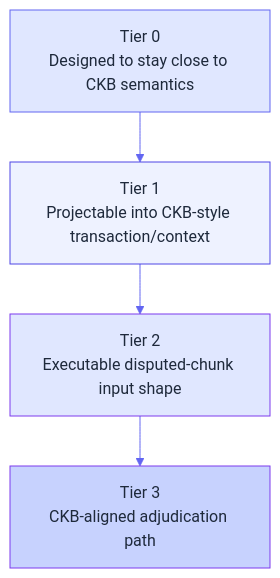
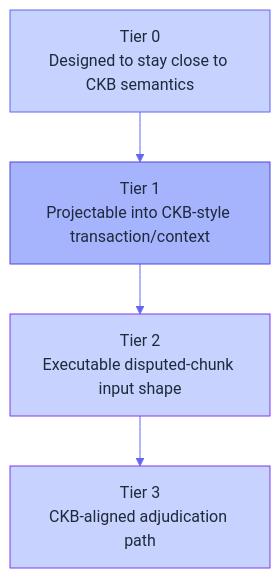
Before and after one commit to Myelin-Labs/Myelin: the diagram in docs/security/claim-ladder.md, drawn with Mermaid. The commit also changed 31 other files, not shown here.

````diff
--- a/docs/security/claim-ladder.md
+++ b/docs/security/claim-ladder.md
@@ -19,25 +19,25 @@
 ```mermaid
 %%{init: {
   "theme": "base",
   "themeVariables": {
-    "primaryColor": "#EEF2FF",
+    "primaryColor": "#A5B4FC",
     "primaryTextColor": "#1E293B",
     "primaryBorderColor": "#4F46E5",
     "lineColor": "#6366F1",
-    "secondaryColor": "#E0E7FF",
+    "secondaryColor": "#C7D2FE",
     "tertiaryColor": "#C7D2FE"
   }
 }}%%
 flowchart TB
     T0["Tier 0<br/>Designed to stay close to CKB semantics"]:::t0
     T1["Tier 1<br/>Projectable into CKB-style transaction/context"]:::t1
     T2["Tier 2<br/>Executable disputed-chunk input shape"]:::t2
     T3["Tier 3<br/>CKB-aligned adjudication path"]:::t3
 
     T0 --> T1 --> T2 --> T3
 
-    classDef t0 fill:#E0E7FF,stroke:#6366F1,color:#1E293B;
-    classDef t1 fill:#EEF2FF,stroke:#4F46E5,color:#1E293B;
-    classDef t2 fill:#E0E7FF,stroke:#7C3AED,color:#1E293B;
+    classDef t0 fill:#C7D2FE,stroke:#6366F1,color:#1E293B;
+    classDef t1 fill:#A5B4FC,stroke:#4F46E5,color:#1E293B;
+    classDef t2 fill:#C7D2FE,stroke:#7C3AED,color:#1E293B;
     classDef t3 fill:#C7D2FE,stroke:#7C3AED,color:#1E293B;
 ```
````
